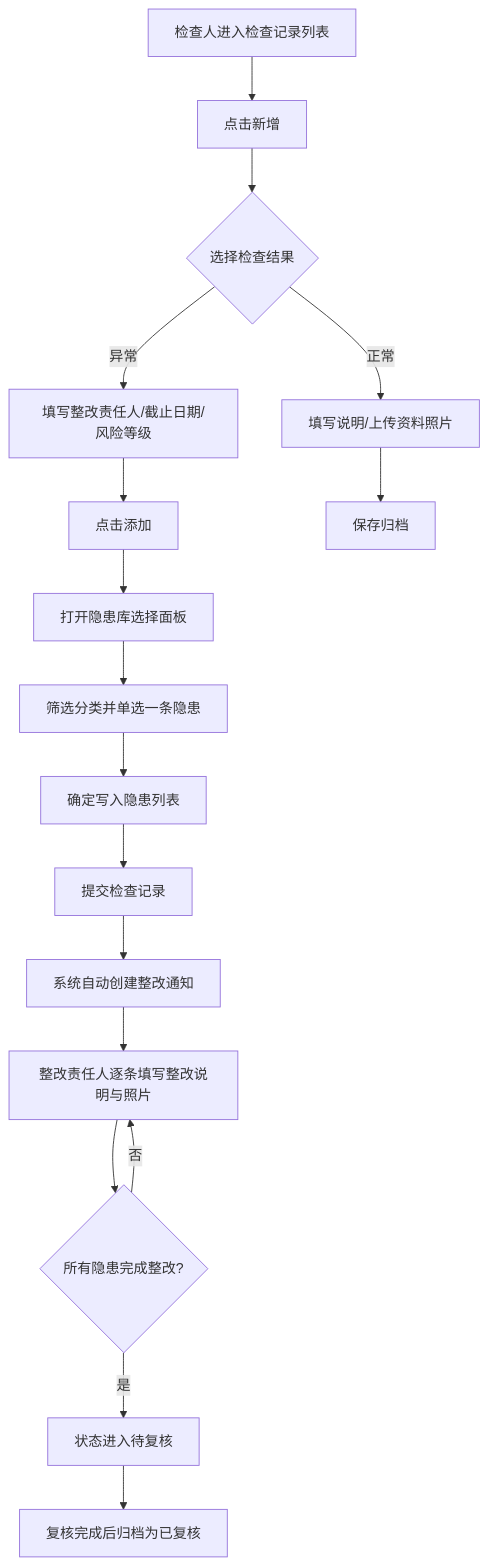
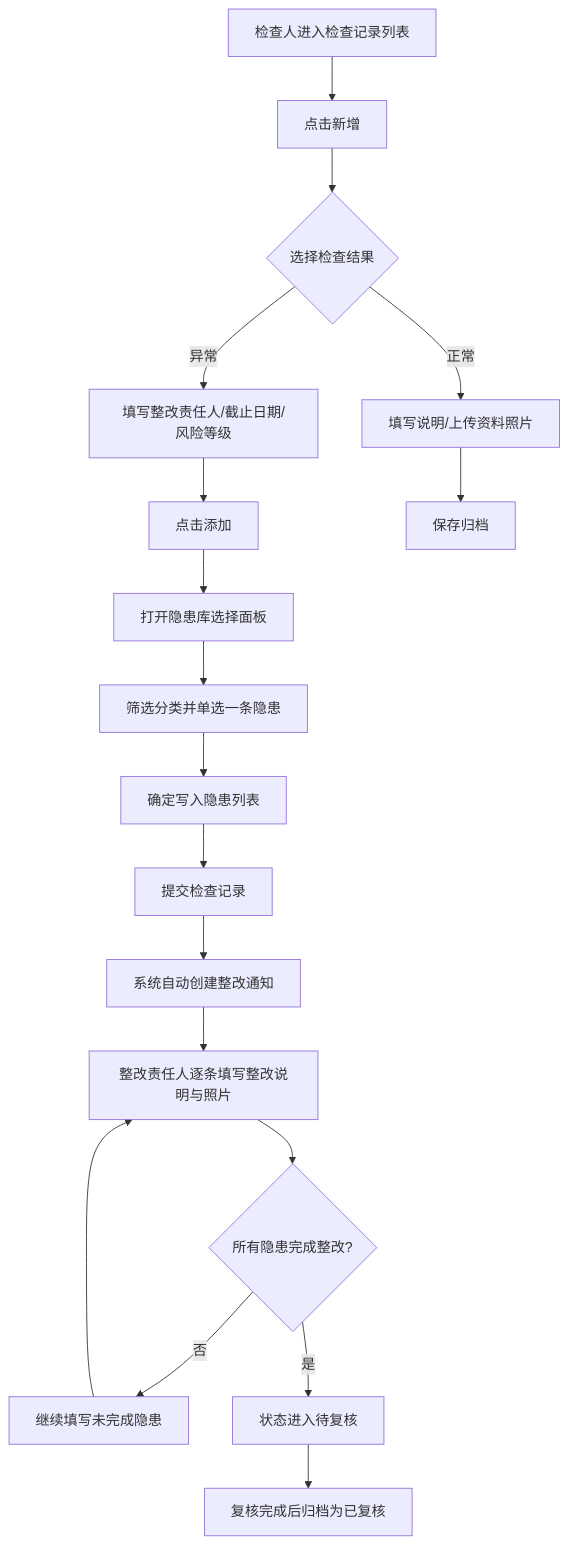
Before and after one commit to liaoliao66/SES: the second of 10 diagrams in docs/versions/v1.0.0/prd.md, drawn with Mermaid. The commit also changed other lines of this file and 1 other file, not shown here.

Commit message:
fix: 容错渲染 Mermaid 并修正易失败流程图，避免本地预览整页加载失败

````diff
--- a/docs/versions/v1.0.0/prd.md
+++ b/docs/versions/v1.0.0/prd.md
@@ -139,19 +139,20 @@
 ```mermaid
 flowchart TD
   A[检查人进入检查记录列表] --> B[点击新增]
   B --> C{选择检查结果}
   C -->|正常| D[填写说明/上传资料照片]
   C -->|异常| E[填写整改责任人/截止日期/风险等级]
   E --> F[点击添加]
   F --> G[打开隐患库选择面板]
   G --> H[筛选分类并单选一条隐患]
   H --> I[确定写入隐患列表]
   I --> J[提交检查记录]
   D --> K[保存归档]
   J --> L[系统自动创建整改通知]
   L --> N[整改责任人逐条填写整改说明与照片]
   N --> O{所有隐患完成整改?}
-  O -->|否| N
+  O -->|否| N2[继续填写未完成隐患]
+  N2 --> N
   O -->|是| P[状态进入待复核]
   P --> Q[复核完成后归档为已复核]
 ```
````
